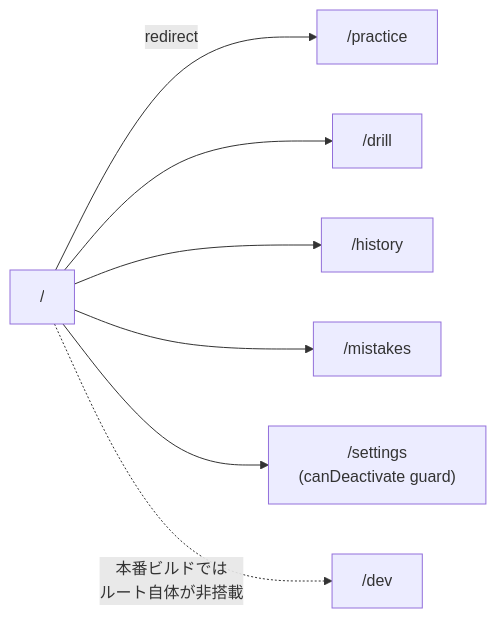
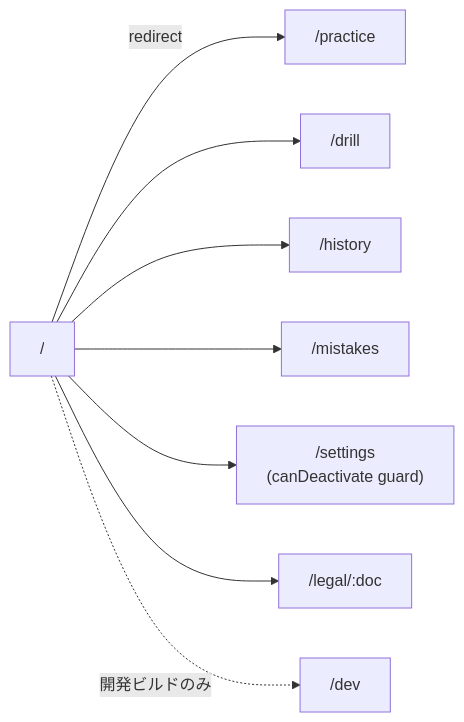
The ninth of 10 diagrams in ARCHITECTURE.md (rmatsuo-jp/eibun-lab), drawn with Mermaid before and after one commit. The commit also changed other lines of this file and 82 other files, not shown here.

````diff
--- a/ARCHITECTURE.md
+++ b/ARCHITECTURE.md
@@ -263,9 +293,10 @@
 ```mermaid
 graph LR
     Root["/"] -->|redirect| Practice["/practice"]
     Root --> Drill["/drill"]
     Root --> History["/history"]
     Root --> Mistakes["/mistakes"]
     Root --> Settings["/settings\n(canDeactivate guard)"]
-    Root -.->|本番ビルドでは\nルート自体が非搭載| Dev["/dev"]
+    Root --> Legal["/legal/:doc"]
+    Root -.->|開発ビルドのみ| Dev["/dev"]
 ```
````
